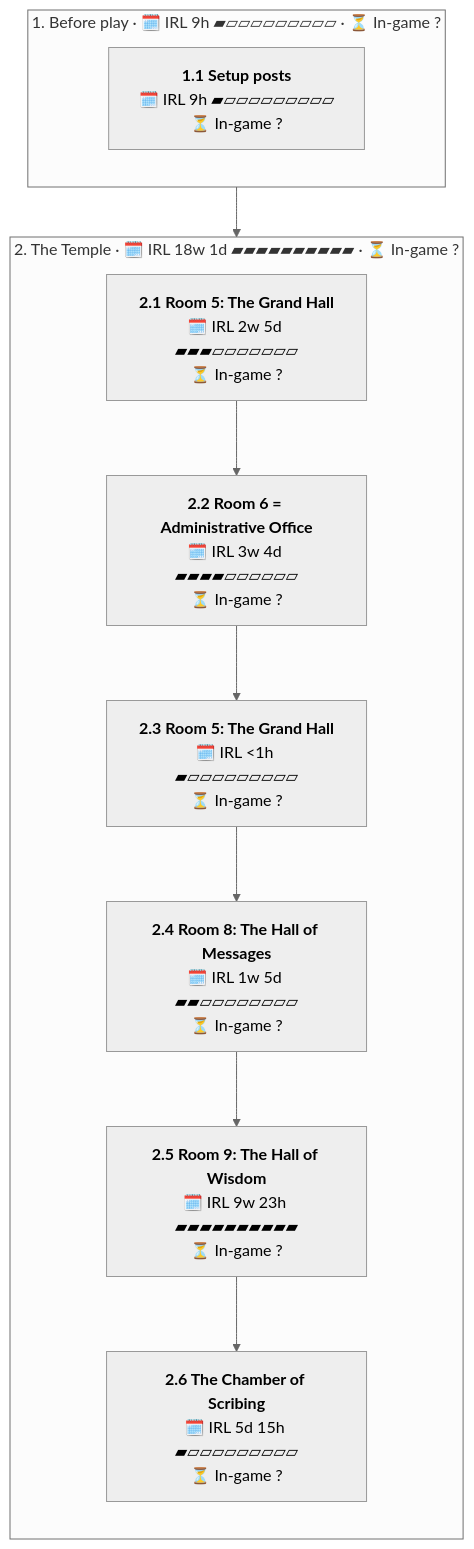
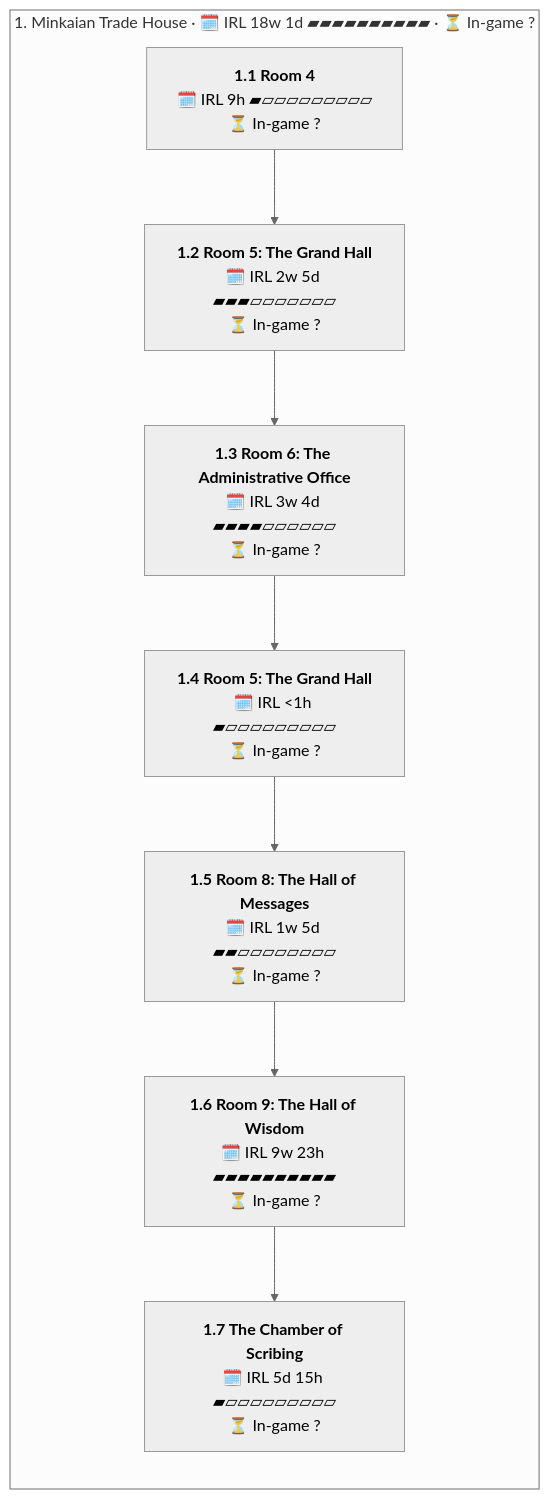
One commit to LewisIsWorking/PathWarsWiki changed the diagram in Writerside/topics/C04-The-Magni-Guard/C04-Magni-Guard-Timeline.md. Above: the diagram before and after it, drawn with Mermaid (neutral theme). The commit also changed other lines of this file and 3 other files, not shown here.

First line of the commit message:
fix(timeline): C04 happens inside the Minkaian Trade House, where C04b ends

````diff
--- a/Writerside/topics/C04-The-Magni-Guard/C04-Magni-Guard-Timeline.md
+++ b/Writerside/topics/C04-The-Magni-Guard/C04-Magni-Guard-Timeline.md
@@ -8,22 +8,19 @@
 ```mermaid
 flowchart TD
-    subgraph a0["1. Before play · 🗓️ IRL 9h ▰▱▱▱▱▱▱▱▱▱ · ⏳ In-game ?"]
+    subgraph a0["1. Minkaian Trade House · 🗓️ IRL 18w 1d ▰▰▰▰▰▰▰▰▰▰ · ⏳ In-game ?"]
     direction TB
-        v0["<b>1.1 Setup posts</b><br/>🗓️ IRL 9h ▰▱▱▱▱▱▱▱▱▱<br/>⏳ In-game ?"]
-    end
-    subgraph a1["2. The Temple · 🗓️ IRL 18w 1d ▰▰▰▰▰▰▰▰▰▰ · ⏳ In-game ?"]
-    direction TB
-        v1["<b>2.1 Room 5: The Grand Hall</b><br/>🗓️ IRL 2w 5d ▰▰▰▱▱▱▱▱▱▱<br/>⏳ In-game ?"]
-        v2["<b>2.2 Room 6 = Administrative Office</b><br/>🗓️ IRL 3w 4d ▰▰▰▰▱▱▱▱▱▱<br/>⏳ In-game ?"]
-        v3["<b>2.3 Room 5: The Grand Hall</b><br/>🗓️ IRL <1h ▰▱▱▱▱▱▱▱▱▱<br/>⏳ In-game ?"]
-        v4["<b>2.4 Room 8: The Hall of Messages</b><br/>🗓️ IRL 1w 5d ▰▰▱▱▱▱▱▱▱▱<br/>⏳ In-game ?"]
-        v5["<b>2.5 Room 9: The Hall of Wisdom</b><br/>🗓️ IRL 9w 23h ▰▰▰▰▰▰▰▰▰▰<br/>⏳ In-game ?"]
-        v6["<b>2.6 The Chamber of Scribing</b><br/>🗓️ IRL 5d 15h ▰▱▱▱▱▱▱▱▱▱<br/>⏳ In-game ?"]
+        v0["<b>1.1 Room 4</b><br/>🗓️ IRL 9h ▰▱▱▱▱▱▱▱▱▱<br/>⏳ In-game ?"]
+        v1["<b>1.2 Room 5: The Grand Hall</b><br/>🗓️ IRL 2w 5d ▰▰▰▱▱▱▱▱▱▱<br/>⏳ In-game ?"]
+        v2["<b>1.3 Room 6: The Administrative Office</b><br/>🗓️ IRL 3w 4d ▰▰▰▰▱▱▱▱▱▱<br/>⏳ In-game ?"]
+        v3["<b>1.4 Room 5: The Grand Hall</b><br/>🗓️ IRL <1h ▰▱▱▱▱▱▱▱▱▱<br/>⏳ In-game ?"]
+        v4["<b>1.5 Room 8: The Hall of Messages</b><br/>🗓️ IRL 1w 5d ▰▰▱▱▱▱▱▱▱▱<br/>⏳ In-game ?"]
+        v5["<b>1.6 Room 9: The Hall of Wisdom</b><br/>🗓️ IRL 9w 23h ▰▰▰▰▰▰▰▰▰▰<br/>⏳ In-game ?"]
+        v6["<b>1.7 The Chamber of Scribing</b><br/>🗓️ IRL 5d 15h ▰▱▱▱▱▱▱▱▱▱<br/>⏳ In-game ?"]
     end
     v0 --> v1
     v1 --> v2
     v2 --> v3
     v3 --> v4
     v4 --> v5
     v5 --> v6
 ```
````
